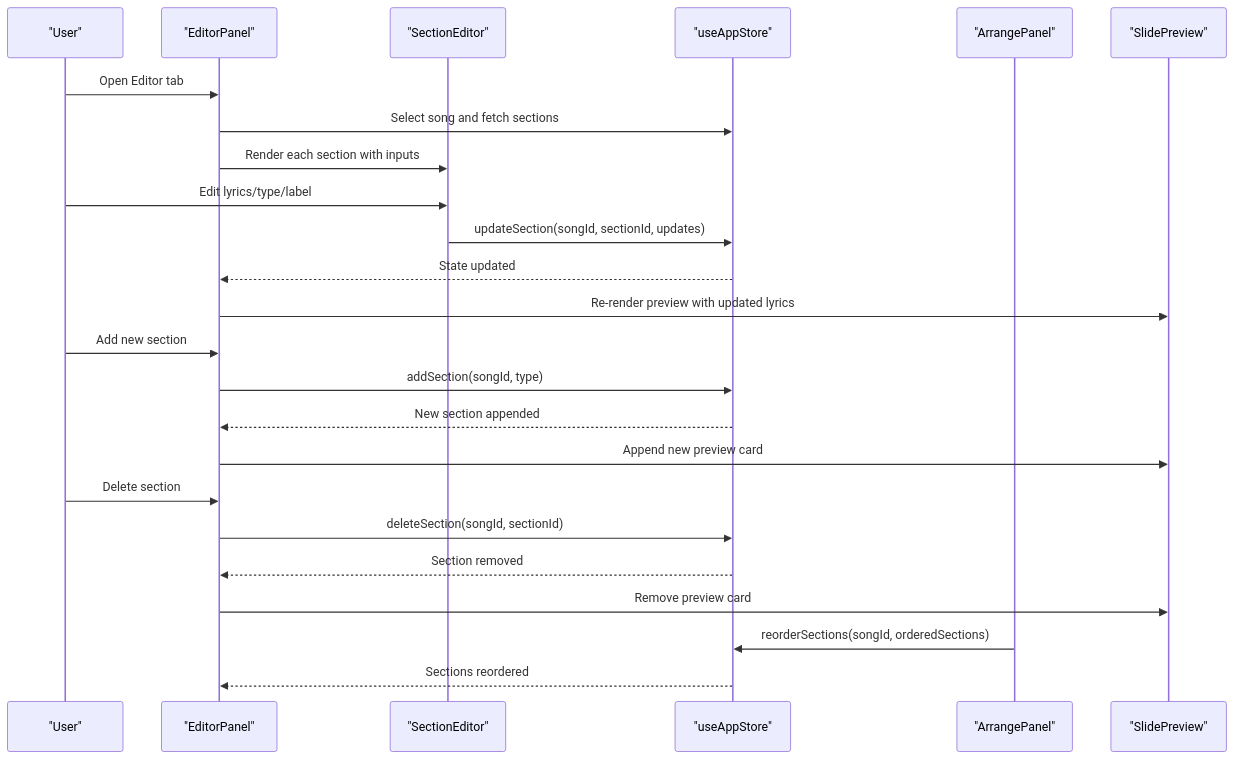
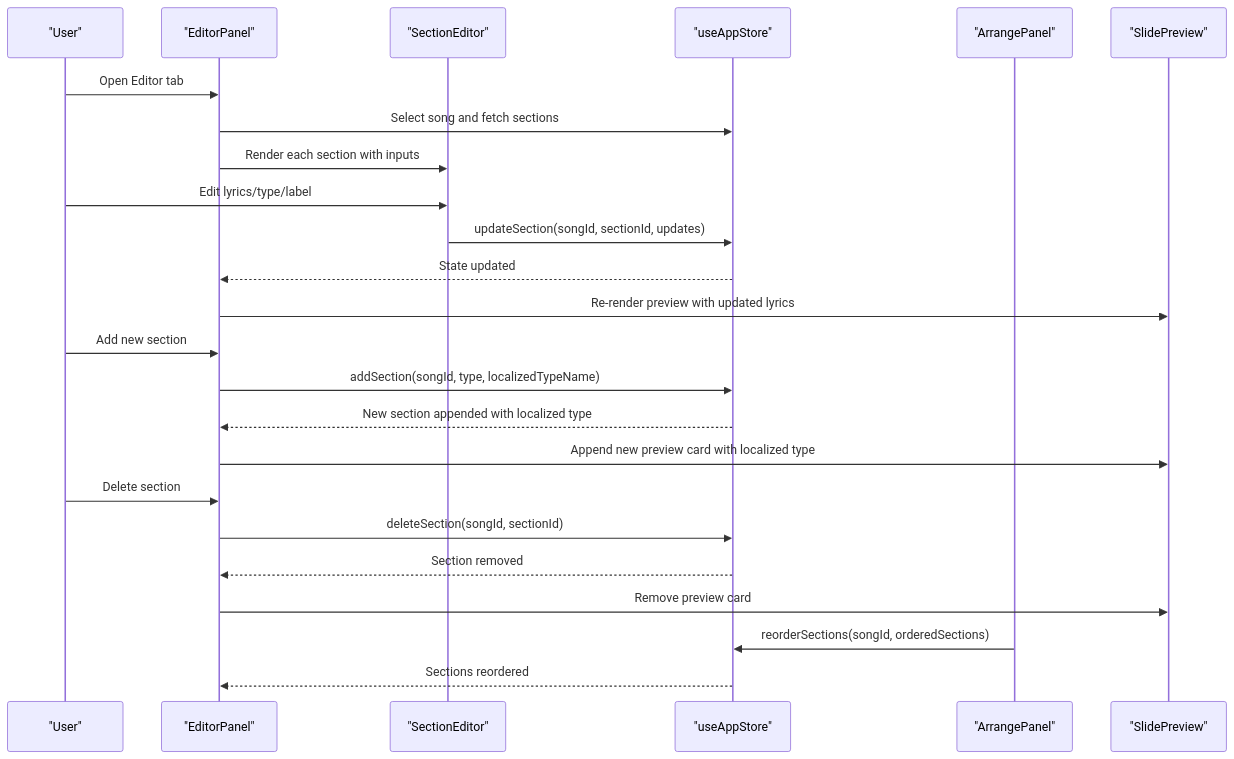
Before and after one commit to jimmywyk/lyricdeck: the second of 9 diagrams in .qoder/repowiki/en/content/User Interface Components/Editor Panel Component.md, drawn with Mermaid. The commit also changed other lines of this file and 11 other files, not shown here.

````diff
--- a/.qoder/repowiki/en/content/User Interface Components/Editor Panel Component.md
+++ b/.qoder/repowiki/en/content/User Interface Components/Editor Panel Component.md
@@ -88,26 +101,26 @@
 ```mermaid
 sequenceDiagram
 participant User as "User"
 participant Editor as "EditorPanel"
 participant Section as "SectionEditor"
 participant Store as "useAppStore"
 participant Arrange as "ArrangePanel"
 participant Preview as "SlidePreview"
 User->>Editor : Open Editor tab
 Editor->>Store : Select song and fetch sections
 Editor->>Section : Render each section with inputs
 User->>Section : Edit lyrics/type/label
 Section->>Store : updateSection(songId, sectionId, updates)
 Store-->>Editor : State updated
 Editor->>Preview : Re-render preview with updated lyrics
 User->>Editor : Add new section
-Editor->>Store : addSection(songId, type)
-Store-->>Editor : New section appended
-Editor->>Preview : Append new preview card
+Editor->>Store : addSection(songId, type, localizedTypeName)
+Store-->>Editor : New section appended with localized type
+Editor->>Preview : Append new preview card with localized type
 User->>Editor : Delete section
 Editor->>Store : deleteSection(songId, sectionId)
 Store-->>Editor : Section removed
 Editor->>Preview : Remove preview card
 Arrange->>Store : reorderSections(songId, orderedSections)
 Store-->>Editor : Sections reordered
 ```
````
